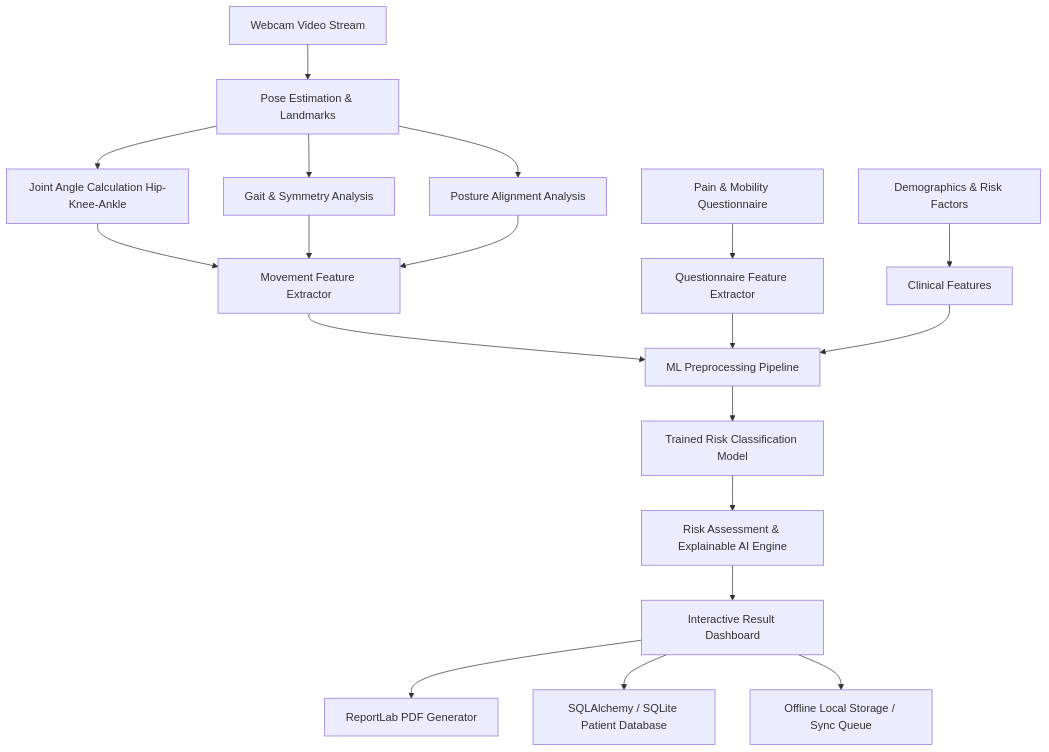
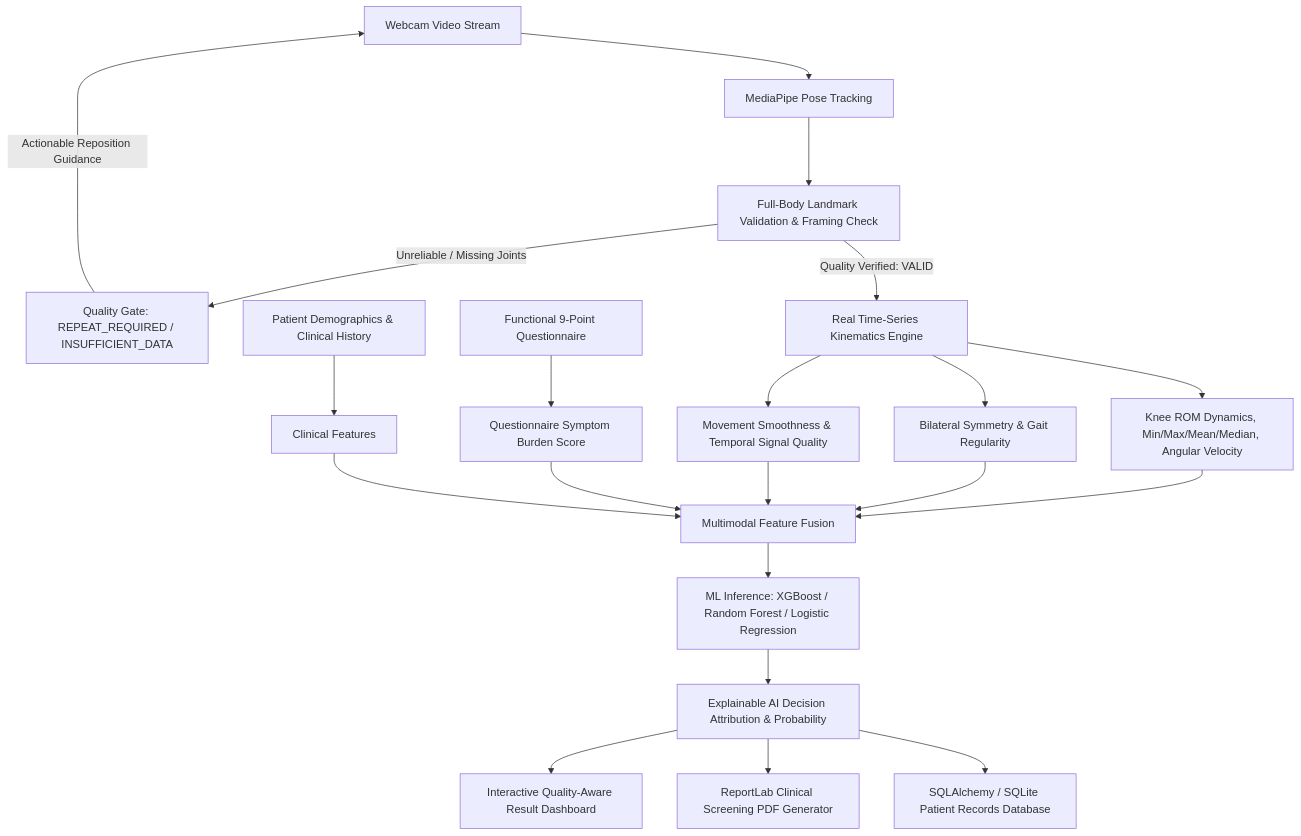
Before and after one commit to Saimadhav16/oa-sense-ai-project: the diagram in README.md, drawn with Mermaid. The commit also changed other lines of this file and 39 other files, not shown here.

````diff
--- a/README.md
+++ b/README.md
@@ -10,17 +10,19 @@
 ```mermaid
 flowchart TD
-    A[Webcam Video Stream] --> B[Pose Estimation & Landmarks]
-    B --> C[Joint Angle Calculation Hip-Knee-Ankle]
-    B --> D[Gait & Symmetry Analysis]
-    B --> E[Posture Alignment Analysis]
-    C & D & E --> F[Movement Feature Extractor]
-    G[Pain & Mobility Questionnaire] --> H[Questionnaire Feature Extractor]
-    I[Demographics & Risk Factors] --> J[Clinical Features]
-    F & H & J --> K[ML Preprocessing Pipeline]
-    K --> L[Trained Risk Classification Model]
-    L --> M[Risk Assessment & Explainable AI Engine]
-    M --> N[Interactive Result Dashboard]
-    N --> O[ReportLab PDF Generator]
-    N --> P[SQLAlchemy / SQLite Patient Database]
-    N --> Q[Offline Local Storage / Sync Queue]
+    A[Webcam Video Stream] --> B[MediaPipe Pose Tracking]
+    B --> C[Full-Body Landmark Validation & Framing Check]
+    C -->|Unreliable / Missing Joints| D[Quality Gate: REPEAT_REQUIRED / INSUFFICIENT_DATA]
+    D -->|Actionable Reposition Guidance| A
+    C -->|Quality Verified: VALID| E[Real Time-Series Kinematics Engine]
+    E --> F[Knee ROM Dynamics, Min/Max/Mean/Median, Angular Velocity]
+    E --> G[Bilateral Symmetry & Gait Regularity]
+    E --> H[Movement Smoothness & Temporal Signal Quality]
+    I[Functional 9-Point Questionnaire] --> J[Questionnaire Symptom Burden Score]
+    K[Patient Demographics & Clinical History] --> L[Clinical Features]
+    F & G & H & J & L --> M[Multimodal Feature Fusion]
+    M --> N[ML Inference: XGBoost / Random Forest / Logistic Regression]
+    N --> O[Explainable AI Decision Attribution & Probability]
+    O --> P[Interactive Quality-Aware Result Dashboard]
+    O --> Q[ReportLab Clinical Screening PDF Generator]
+    O --> R[SQLAlchemy / SQLite Patient Records Database]
 ```
````
